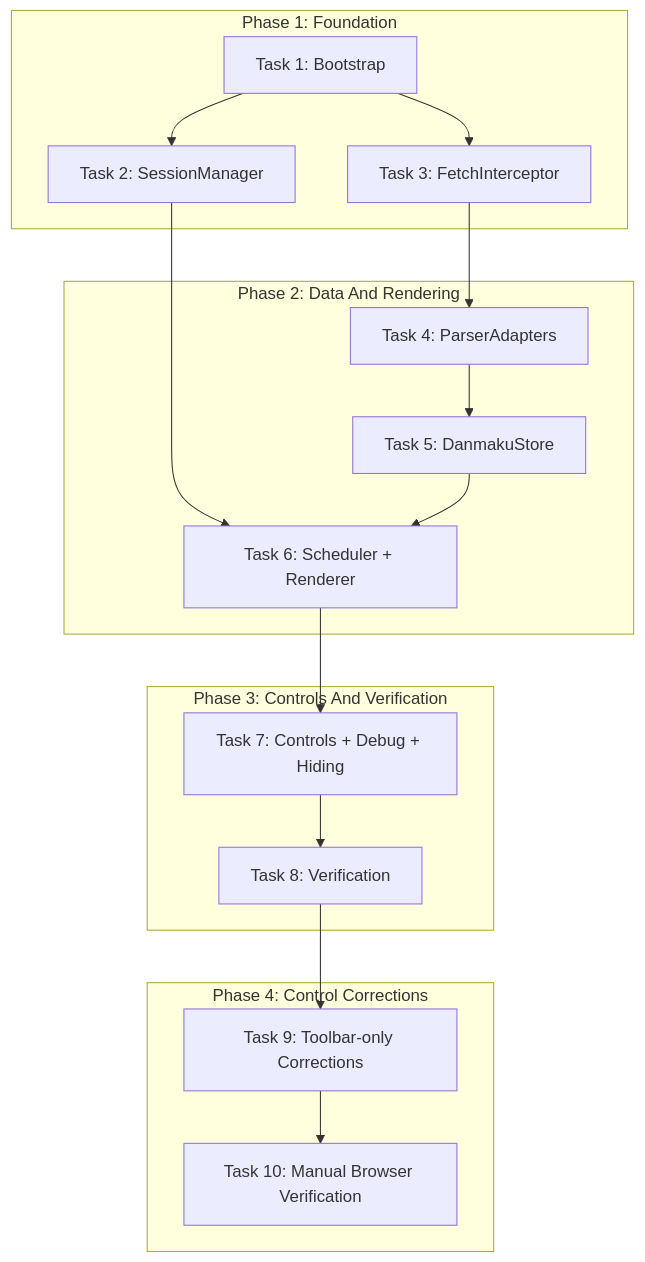
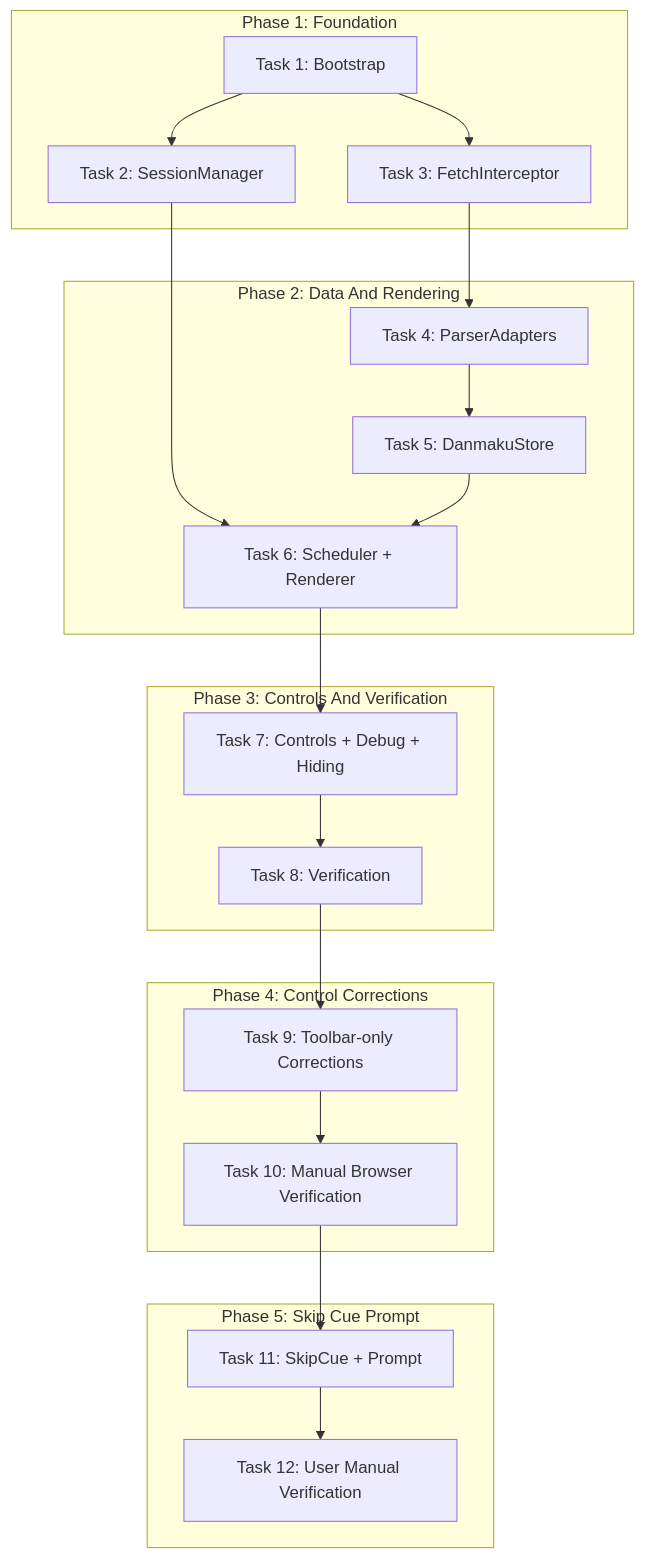
Before and after one commit to Loong111/AniCh-dandanPlay: the diagram in docs/plan/dependency-graph.md, drawn with Mermaid. The commit also changed 9 other files, not shown here.

Commit message:
Add skip cue jump prompt

````diff
--- a/docs/plan/dependency-graph.md
+++ b/docs/plan/dependency-graph.md
@@ -3,34 +3,41 @@
 ```mermaid
 graph TD
     subgraph Phase1 [Phase 1: Foundation]
         T1[Task 1: Bootstrap]
         T2[Task 2: SessionManager]
         T3[Task 3: FetchInterceptor]
         T1 --> T2
         T1 --> T3
     end
 
     subgraph Phase2 [Phase 2: Data And Rendering]
         T4[Task 4: ParserAdapters]
         T5[Task 5: DanmakuStore]
         T6[Task 6: Scheduler + Renderer]
         T3 --> T4
         T4 --> T5
         T2 --> T6
         T5 --> T6
     end
 
     subgraph Phase3 [Phase 3: Controls And Verification]
         T7[Task 7: Controls + Debug + Hiding]
         T8[Task 8: Verification]
         T6 --> T7
         T7 --> T8
     end
 
     subgraph Phase4 [Phase 4: Control Corrections]
         T9[Task 9: Toolbar-only Corrections]
         T10[Task 10: Manual Browser Verification]
         T8 --> T9
         T9 --> T10
     end
+
+    subgraph Phase5 [Phase 5: Skip Cue Prompt]
+        T11[Task 11: SkipCue + Prompt]
+        T12[Task 12: User Manual Verification]
+        T10 --> T11
+        T11 --> T12
+    end
 ```
````
